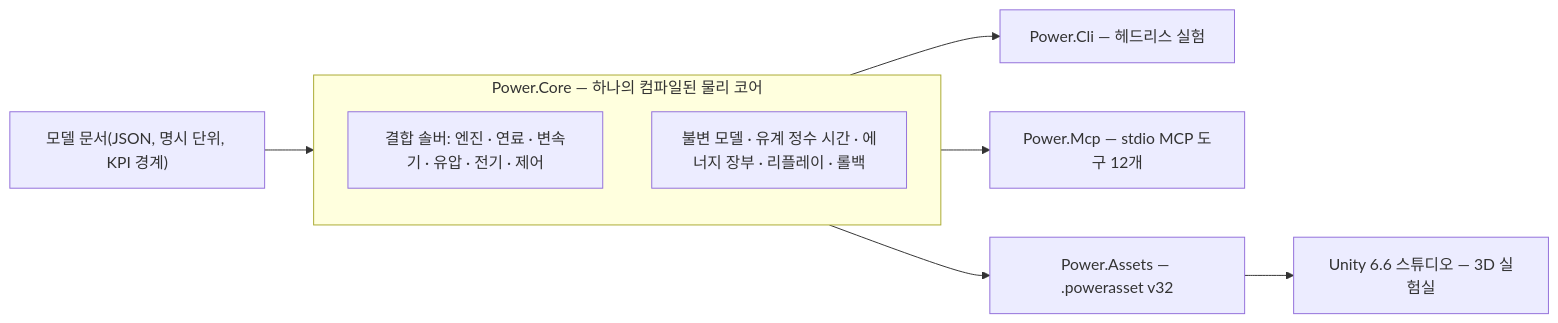
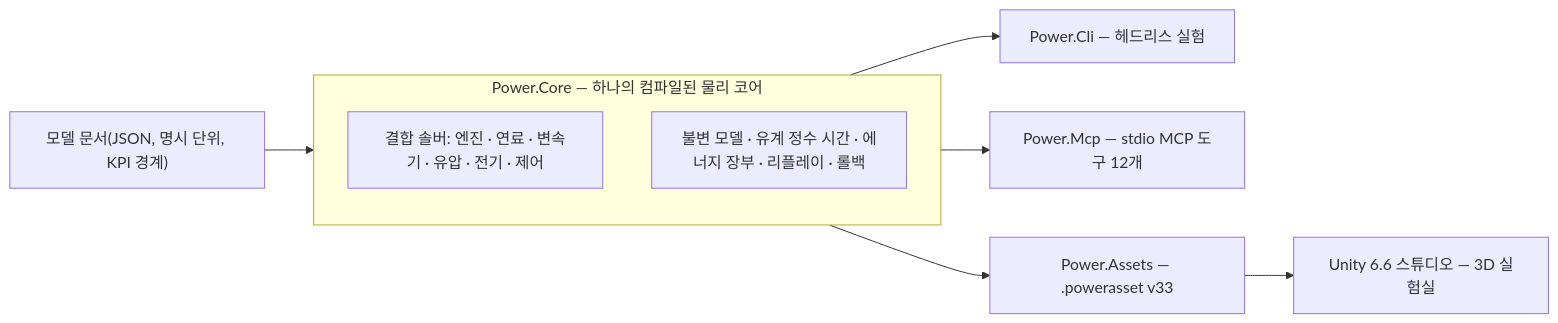
The diagram in README.ko.md (Water-Run/Power), drawn with Mermaid before and after one commit. The commit also changed other lines of this file and 228 other files, not shown here.

````diff
--- a/README.ko.md
+++ b/README.ko.md
@@ -13,18 +13,18 @@
 ```mermaid
 flowchart LR
     model["모델 문서(JSON, 명시 단위, KPI 경계)"]
     subgraph core["Power.Core — 하나의 컴파일된 물리 코어"]
         solvers["결합 솔버: 엔진 · 연료 · 변속기 · 유압 · 전기 · 제어"]
         invariants["불변 모델 · 유계 정수 시간 · 에너지 장부 · 리플레이 · 롤백"]
     end
     cli["Power.Cli — 헤드리스 실험"]
     mcp["Power.Mcp — stdio MCP 도구 12개"]
-    assets["Power.Assets — .powerasset v32"]
+    assets["Power.Assets — .powerasset v33"]
     unity["Unity 6.6 스튜디오 — 3D 실험실"]
 
     model --> core
     core --> cli
     core --> mcp
     core --> assets
     assets --> unity
 ```
````
